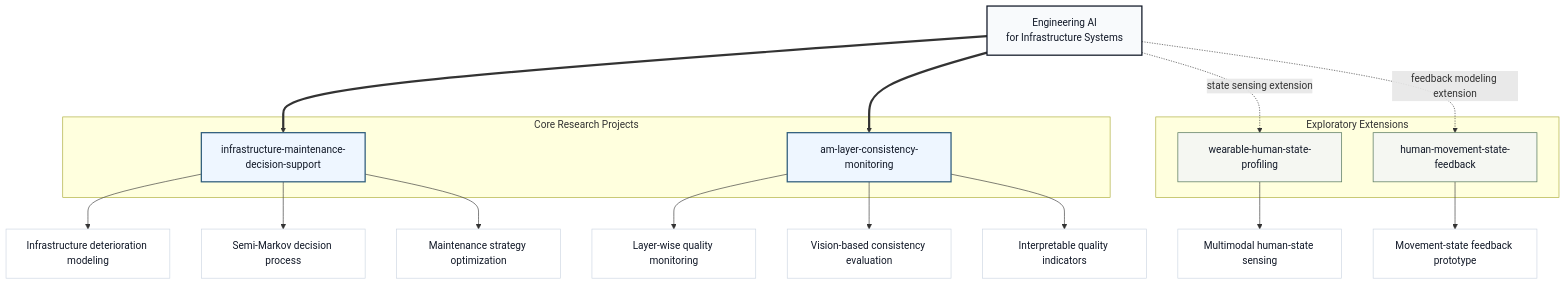
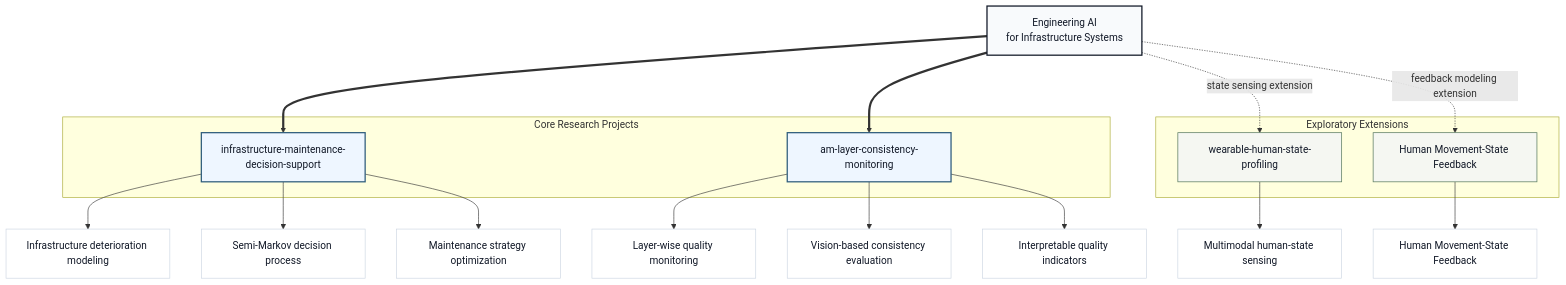
Before and after one commit to liujiaresearcher-hash/liujiaresearcher-hash: the second of 2 diagrams in README.md, drawn with Mermaid. The commit also changed other lines of this file, not shown here.

Commit message:
Update movement feedback project description

````diff
--- a/README.md
+++ b/README.md
@@ -79,40 +79,40 @@
 ```mermaid
 flowchart TB
     Theme["Engineering AI<br/>for Infrastructure Systems"]
 
     subgraph Core["Core Research Projects"]
         IMDS["infrastructure-maintenance-decision-support"]
         AM["am-layer-consistency-monitoring"]
     end
 
     subgraph Extension["Exploratory Extensions"]
         WHSP["wearable-human-state-profiling"]
-        HMSF["human-movement-state-feedback"]
+        HMSF["Human Movement-State Feedback"]
     end
 
     Theme ==> IMDS
     Theme ==> AM
     Theme -. "state sensing extension" .-> WHSP
     Theme -. "feedback modeling extension" .-> HMSF
 
     IMDS --> I1["Infrastructure deterioration modeling"]
     IMDS --> I2["Semi-Markov decision process"]
     IMDS --> I3["Maintenance strategy optimization"]
 
     AM --> A1["Layer-wise quality monitoring"]
     AM --> A2["Vision-based consistency evaluation"]
     AM --> A3["Interpretable quality indicators"]
 
     WHSP --> W1["Multimodal human-state sensing"]
-    HMSF --> H1["Movement-state feedback prototype"]
+    HMSF --> H1["Human Movement-State Feedback"]
 
     classDef theme fill:#F8FAFC,stroke:#111827,stroke-width:2px,color:#111827;
     classDef core fill:#EEF6FF,stroke:#2F5D7C,stroke-width:2px,color:#111827;
     classDef extension fill:#F5F7F2,stroke:#5F7F65,stroke-width:1.2px,color:#111827;
     classDef detail fill:#FFFFFF,stroke:#CBD5E1,stroke-width:1px,color:#111827;
 
     class Theme theme;
     class IMDS,AM core;
     class WHSP,HMSF extension;
     class I1,I2,I3,A1,A2,A3,W1,H1 detail;
 ```
````
